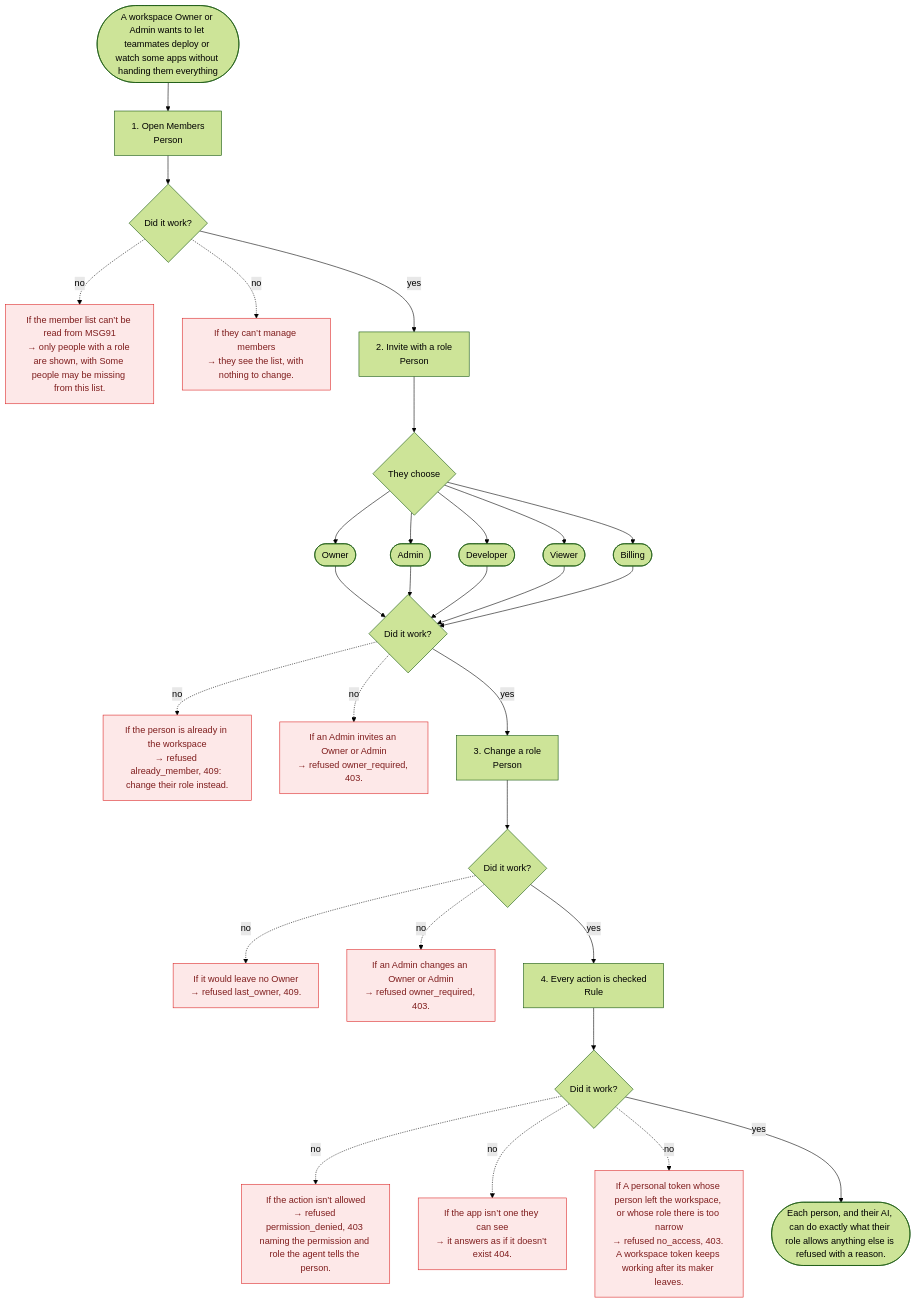
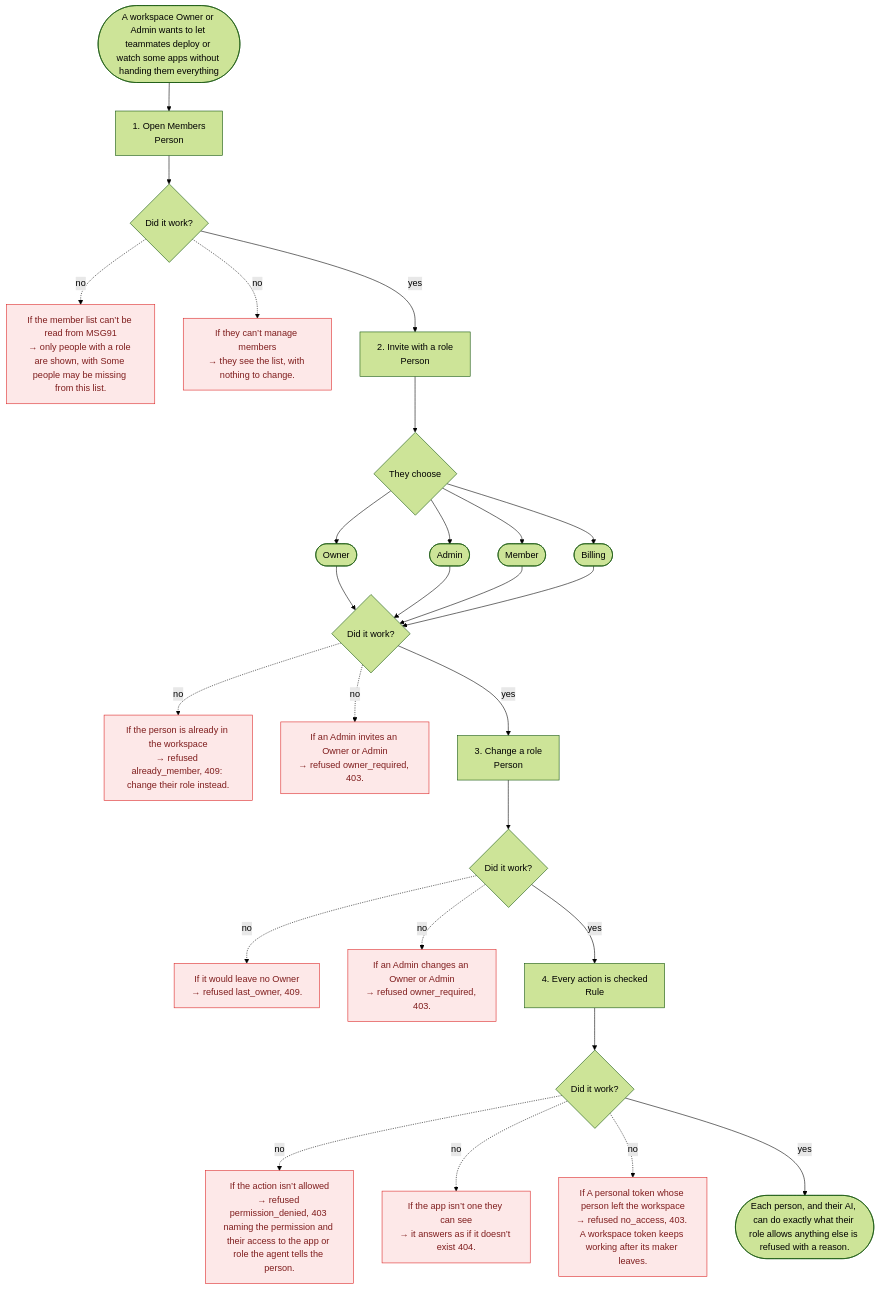
Before and after one commit to Vaibhav9197/hostnsoft: the diagram in docs/prd/stories/team-roles.md, drawn with Mermaid (forest theme). The commit also changed other lines of this file and 47 other files, not shown here.

First line of the commit message:
feat: dashboard and guide for Owner, Admin, Member, Billing and per-app access

````diff
--- a/docs/prd/stories/team-roles.md
+++ b/docs/prd/stories/team-roles.md
@@ -26,57 +26,54 @@
 ```mermaid
 flowchart TD
   start([A workspace Owner or Admin wants to let teammates deploy or watch some apps without handing them everything])
   s1["1. Open Members<br/>Person"]
   start --> s1
   s1f{Did it work?}
   s1 --> s1f
   s1f1["If the member list can’t be read from MSG91<br/>→ only people with a role are shown, with Some people may be missing from this list."]:::fail
   s1f -.->|no| s1f1
   s1f2["If they can’t manage members<br/>→ they see the list, with nothing to change."]:::fail
   s1f -.->|no| s1f2
   s2["2. Invite with a role<br/>Person"]
   s1f -->|yes| s2
   s2c{They choose}
   s2 --> s2c
   s2c1([Owner])
   s2c --> s2c1
   s2c2([Admin])
   s2c --> s2c2
-  s2c3([Developer])
+  s2c3([Member])
   s2c --> s2c3
-  s2c4([Viewer])
+  s2c4([Billing])
   s2c --> s2c4
-  s2c5([Billing])
-  s2c --> s2c5
   s2f{Did it work?}
   s2c1 --> s2f
   s2c2 --> s2f
   s2c3 --> s2f
   s2c4 --> s2f
-  s2c5 --> s2f
   s2f1["If the person is already in the workspace<br/>→ refused already_member, 409: change their role instead."]:::fail
   s2f -.->|no| s2f1
   s2f2["If an Admin invites an Owner or Admin<br/>→ refused owner_required, 403."]:::fail
   s2f -.->|no| s2f2
   s3["3. Change a role<br/>Person"]
   s2f -->|yes| s3
   s3f{Did it work?}
   s3 --> s3f
   s3f1["If it would leave no Owner<br/>→ refused last_owner, 409."]:::fail
   s3f -.->|no| s3f1
   s3f2["If an Admin changes an Owner or Admin<br/>→ refused owner_required, 403."]:::fail
   s3f -.->|no| s3f2
   s4["4. Every action is checked<br/>Rule"]
   s3f -->|yes| s4
   s4f{Did it work?}
   s4 --> s4f
-  s4f1["If the action isn’t allowed<br/>→ refused permission_denied, 403 naming the permission and role the agent tells the person."]:::fail
+  s4f1["If the action isn’t allowed<br/>→ refused permission_denied, 403 naming the permission and their access to the app or role the agent tells the person."]:::fail
   s4f -.->|no| s4f1
   s4f2["If the app isn’t one they can see<br/>→ it answers as if it doesn’t exist 404."]:::fail
   s4f -.->|no| s4f2
-  s4f3["If A personal token whose person left the workspace, or whose role there is too narrow<br/>→ refused no_access, 403. A workspace token keeps working after its maker leaves."]:::fail
+  s4f3["If A personal token whose person left the workspace<br/>→ refused no_access, 403. A workspace token keeps working after its maker leaves."]:::fail
   s4f -.->|no| s4f3
   done([Each person, and their AI, can do exactly what their role allows anything else is refused with a reason.])
   s4f -->|yes| done
   classDef fail fill:#fde8e8,stroke:#dc2626,color:#7f1d1d
 ```
````
